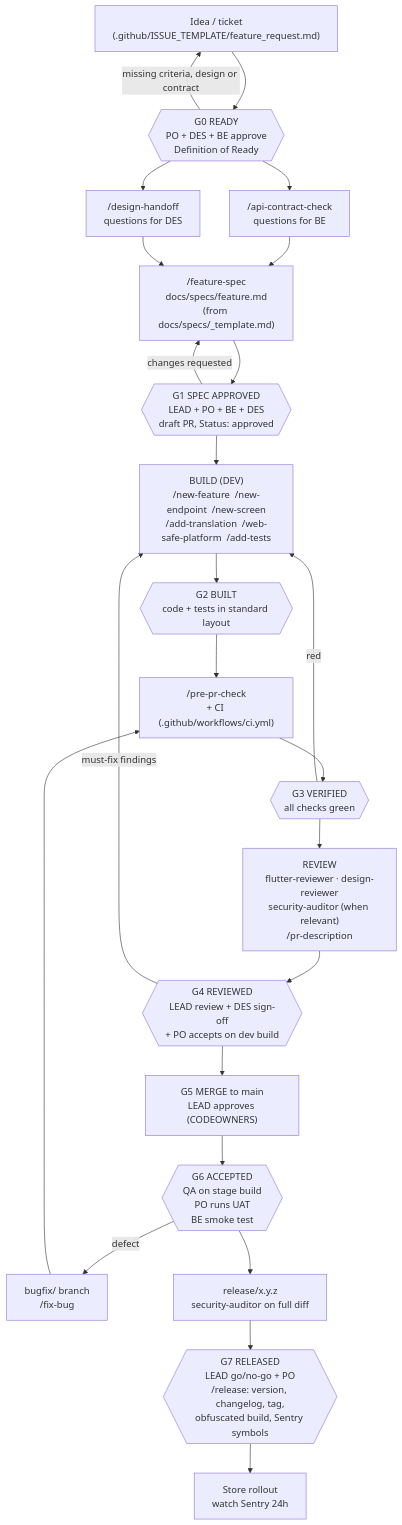
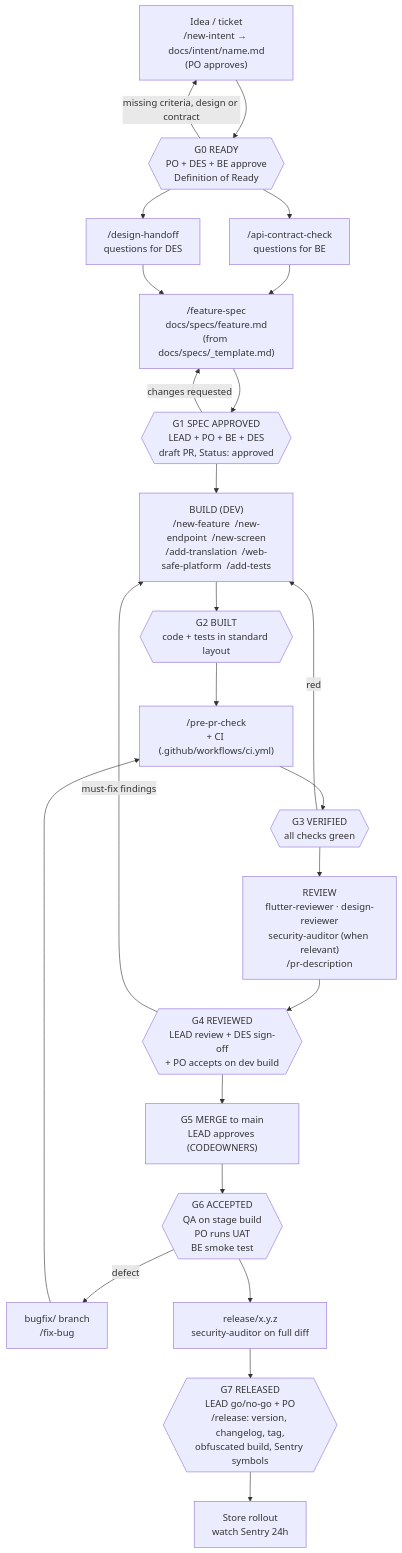
Before and after one commit to esraaelkolally2020/SDLC-MOBILE: the first of 4 diagrams in docs/WORKFLOW_DIAGRAM.md, drawn with Mermaid. The commit also changed 4 other files, not shown here.

````diff
--- a/docs/WORKFLOW_DIAGRAM.md
+++ b/docs/WORKFLOW_DIAGRAM.md
@@ -7,27 +7,27 @@
 ```mermaid
 flowchart TD
-    A["Idea / ticket<br/>(.github/ISSUE_TEMPLATE/feature_request.md)"] --> G0
+    A["Idea / ticket<br/>/new-intent → docs/intent/name.md<br/>(PO approves)"] --> G0
     G0{{"G0 READY<br/>PO + DES + BE approve<br/>Definition of Ready"}}
     G0 -->|"missing criteria, design or contract"| A
     G0 --> P1["/api-contract-check<br/>questions for BE"]
     G0 --> P2["/design-handoff<br/>questions for DES"]
     P1 --> S["/feature-spec<br/>docs/specs/feature.md<br/>(from docs/specs/_template.md)"]
     P2 --> S
     S --> G1{{"G1 SPEC APPROVED<br/>LEAD + PO + BE + DES<br/>draft PR, Status: approved"}}
     G1 -->|"changes requested"| S
     G1 --> B["BUILD (DEV)<br/>/new-feature  /new-endpoint  /new-screen<br/>/add-translation  /web-safe-platform  /add-tests"]
     B --> G2{{"G2 BUILT<br/>code + tests in standard layout"}}
     G2 --> V["/pre-pr-check<br/>+ CI (.github/workflows/ci.yml)"]
     V --> G3{{"G3 VERIFIED<br/>all checks green"}}
     G3 -->|"red"| B
     G3 --> R["REVIEW<br/>flutter-reviewer · design-reviewer<br/>security-auditor (when relevant)<br/>/pr-description"]
     R --> G4{{"G4 REVIEWED<br/>LEAD review + DES sign-off<br/>+ PO accepts on dev build"}}
     G4 -->|"must-fix findings"| B
     G4 --> G5["G5 MERGE to main<br/>LEAD approves (CODEOWNERS)"]
     G5 --> G6{{"G6 ACCEPTED<br/>QA on stage build<br/>PO runs UAT<br/>BE smoke test"}}
     G6 -->|"defect"| BUG["bugfix/ branch<br/>/fix-bug"]
     BUG --> V
     G6 --> REL["release/x.y.z<br/>security-auditor on full diff"]
     REL --> G7{{"G7 RELEASED<br/>LEAD go/no-go + PO<br/>/release: version, changelog, tag,<br/>obfuscated build, Sentry symbols"}}
     G7 --> STORE["Store rollout<br/>watch Sentry 24h"]
 ```
````
